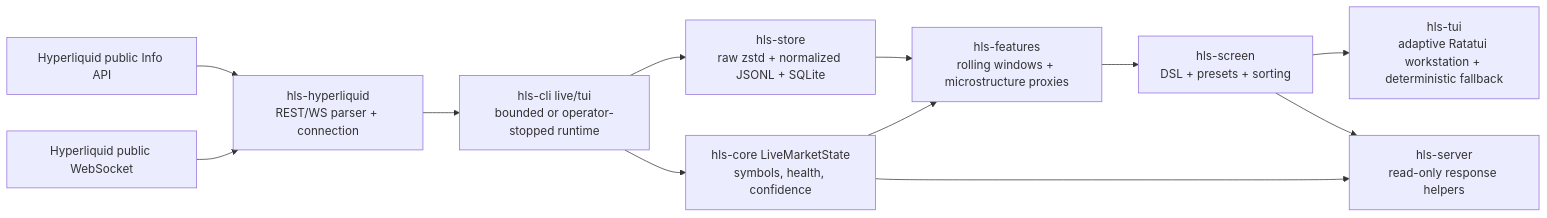
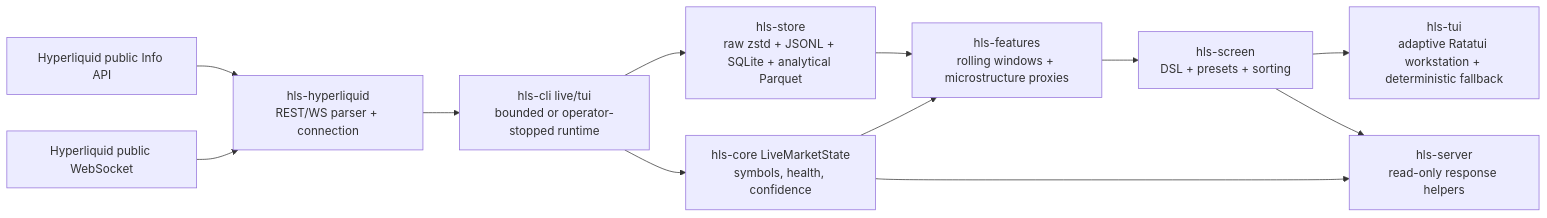
Before and after one commit to rsitech-ai/hlscreen: the first of 4 diagrams in docs/architecture.md, drawn with Mermaid. The commit also changed other lines of this file and 20 other files, not shown here.

````diff
--- a/docs/architecture.md
+++ b/docs/architecture.md
@@ -9,25 +9,25 @@
 ```mermaid
 flowchart LR
     HLREST["Hyperliquid public Info API"]
     HLWS["Hyperliquid public WebSocket"]
     Adapter["hls-hyperliquid\nREST/WS parser + connection"]
     Live["hls-cli live/tui\nbounded or operator-stopped runtime"]
-    Recorder["hls-store\nraw zstd + normalized JSONL + SQLite"]
+    Recorder["hls-store\nraw zstd + JSONL + SQLite + analytical Parquet"]
     State["hls-core LiveMarketState\nsymbols, health, confidence"]
     Features["hls-features\nrolling windows + microstructure proxies"]
     Screen["hls-screen\nDSL + presets + sorting"]
     Tui["hls-tui\nadaptive Ratatui workstation + deterministic fallback"]
     Server["hls-server\nread-only response helpers"]
 
     HLREST --> Adapter
     HLWS --> Adapter
     Adapter --> Live
     Live --> Recorder
     Live --> State
     State --> Features
     Recorder --> Features
     Features --> Screen
     Screen --> Tui
     State --> Server
     Screen --> Server
 ```
````
